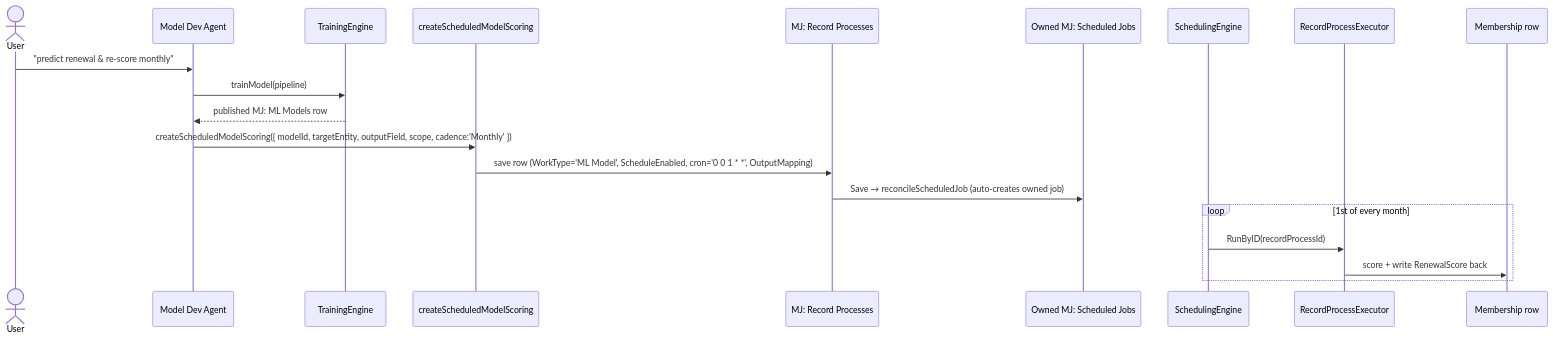
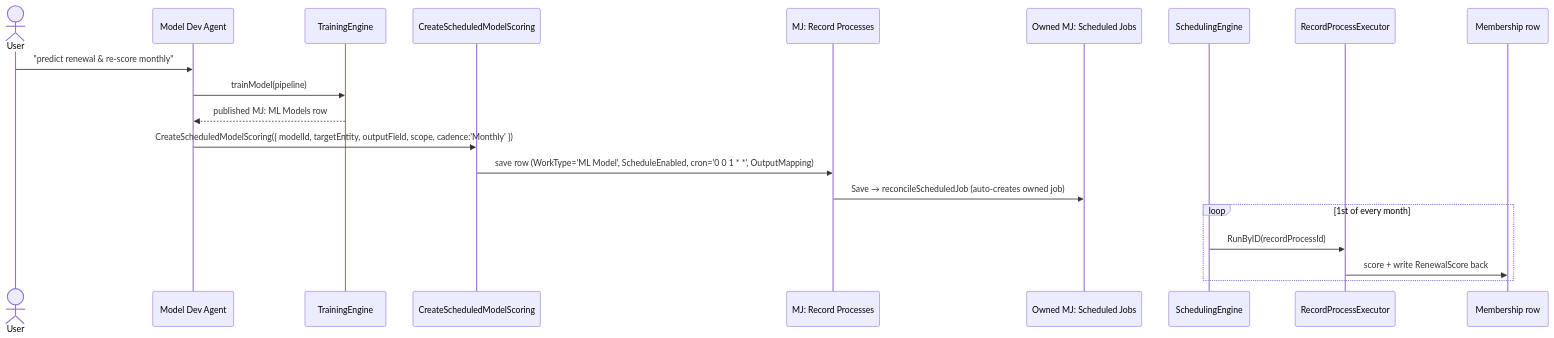
One commit to MemberJunction/MJ changed diagram 14 of 15 in guides/PREDICTIVE_STUDIO_GUIDE.md. Above: the diagram before and after it, drawn with Mermaid. The commit also changed other lines of this file and 27 other files, not shown here.

````diff
--- a/guides/PREDICTIVE_STUDIO_GUIDE.md
+++ b/guides/PREDICTIVE_STUDIO_GUIDE.md
@@ -1102,23 +1102,23 @@
 ```mermaid
 sequenceDiagram
     actor User
     participant Agent as Model Dev Agent
     participant Train as TrainingEngine
-    participant Helper as createScheduledModelScoring
+    participant Helper as CreateScheduledModelScoring
     participant RP as MJ: Record Processes
     participant Job as Owned MJ: Scheduled Jobs
     participant Sched as SchedulingEngine
     participant Exec as RecordProcessExecutor
     participant Member as Membership row
 
     User->>Agent: "predict renewal & re-score monthly"
     Agent->>Train: trainModel(pipeline)
     Train-->>Agent: published MJ: ML Models row
-    Agent->>Helper: createScheduledModelScoring({ modelId, targetEntity, outputField, scope, cadence:'Monthly' })
+    Agent->>Helper: CreateScheduledModelScoring({ modelId, targetEntity, outputField, scope, cadence:'Monthly' })
     Helper->>RP: save row (WorkType='ML Model', ScheduleEnabled, cron='0 0 1 * *', OutputMapping)
     RP->>Job: Save → reconcileScheduledJob (auto-creates owned job)
     loop 1st of every month
         Sched->>Exec: RunByID(recordProcessId)
         Exec->>Member: score + write RenewalScore back
     end
 ```
````
